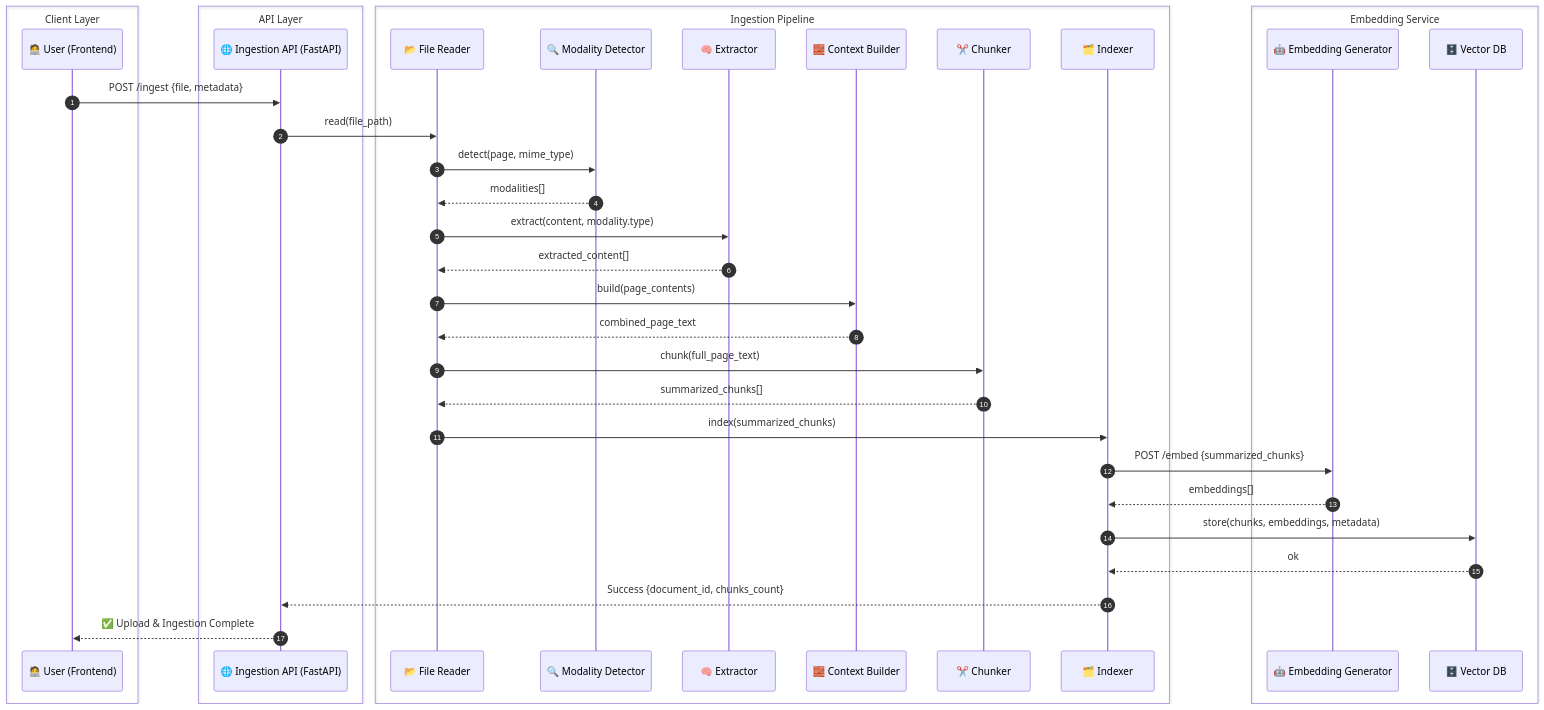
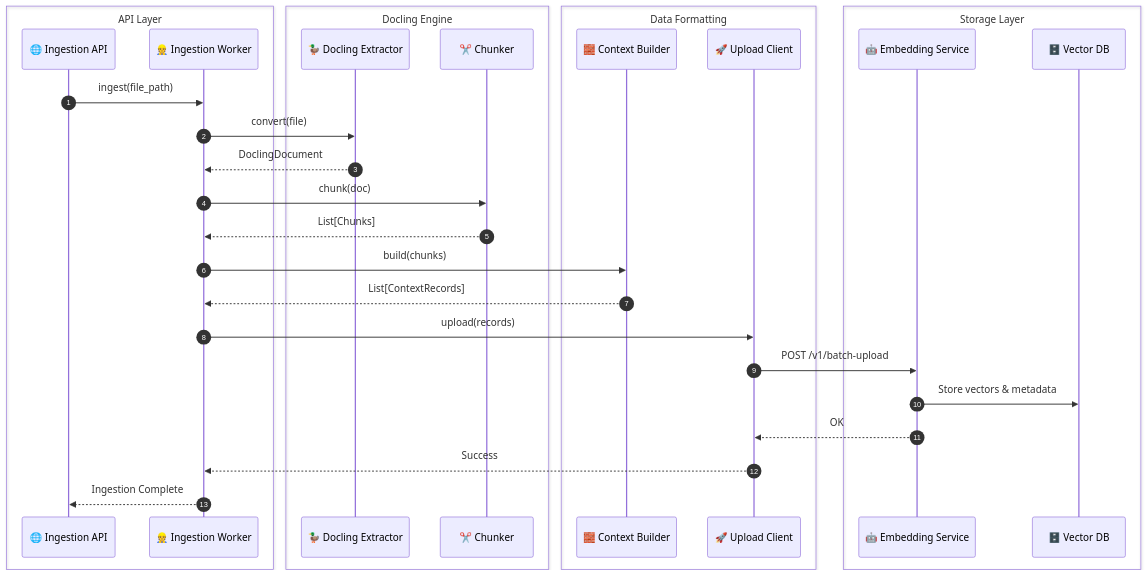
One commit to Taihenc/project-aiq changed the second of 2 diagrams in services/data-ingestion/README.md. Above: the diagram before and after it, drawn with Mermaid. The commit also changed other lines of this file and 12 other files, not shown here.

````diff
--- a/services/data-ingestion/README.md
+++ b/services/data-ingestion/README.md
@@ -96,60 +61,41 @@
 ```mermaid
 sequenceDiagram
     autonumber
 
-    %% ==========================
-    box Client Layer
-        participant User as 🧑‍💻 User (Frontend)
+    box API Layer
+        participant API as 🌐 Ingestion API
+        participant Worker as 👷 Ingestion Worker
     end
 
-    box API Layer
-        participant API as 🌐 Ingestion API (FastAPI)
+    box Docling Engine
+        participant Extractor as 🦆 Docling Extractor
+        participant Chunker as ✂️ Chunker
     end
 
-    box Ingestion Pipeline
-        participant Reader as 📂 File Reader
-        participant Modality as 🔍 Modality Detector
-        participant Extractor as 🧠 Extractor
+    box Data Formatting
         participant Context as 🧱 Context Builder
-        participant Chunker as ✂️ Chunker
-        participant Indexer as 🗂️ Indexer
+        participant Upload as 🚀 Upload Client
     end
 
-    box Embedding Service
-        participant Embed as 🤖 Embedding Generator
-        participant DB as 🗄️ Vector DB
+    box Storage Layer
+        participant Embed as 🤖 Embedding Service
+        participant Qdrant as 🗄️ Vector DB
     end
-    %% ==========================
 
-
-    %% ======= FILE UPLOAD =======
-    User->>API: POST /ingest {file, metadata}
-    API->>Reader: read(file_path)
-
-    %% ======= FILE READING & MODALITY DETECTION =======
-    Reader->>Modality: detect(page, mime_type)
-    Modality-->>Reader: modalities[]
-
-    %% ======= CONTENT EXTRACTION =======
-    Reader->>Extractor: extract(content, modality.type)
-    Extractor-->>Reader: extracted_content[]
-
-    %% ======= CONTEXT BUILDING =======
-    Reader->>Context: build(page_contents)
-    Context-->>Reader: combined_page_text
-
-    %% ======= CHUNKING & SUMMARIZATION =======
-    Reader->>Chunker: chunk(full_page_text)
-    Chunker-->>Reader: summarized_chunks[]
-
-    %% ======= INDEXING & EMBEDDING =======
-    Reader->>Indexer: index(summarized_chunks)
-    Indexer->>Embed: POST /embed {summarized_chunks}
-    Embed-->>Indexer: embeddings[]
-    Indexer->>DB: store(chunks, embeddings, metadata)
-    DB-->>Indexer: ok
-
-    %% ======= RESPONSE =======
-    Indexer-->>API: Success {document_id, chunks_count}
-    API-->>User: ✅ Upload & Ingestion Complete
+    API->>Worker: ingest(file_path)
+    Worker->>Extractor: convert(file)
+    Extractor-->>Worker: DoclingDocument
+    
+    Worker->>Chunker: chunk(doc)
+    Chunker-->>Worker: List[Chunks]
+    
+    Worker->>Context: build(chunks)
+    Context-->>Worker: List[ContextRecords]
+    
+    Worker->>Upload: upload(records)
+    Upload->>Embed: POST /v1/batch-upload
+    Embed->>Qdrant: Store vectors & metadata
+    Embed-->>Upload: OK
+    Upload-->>Worker: Success
+    Worker-->>API: Ingestion Complete
 ```
````
